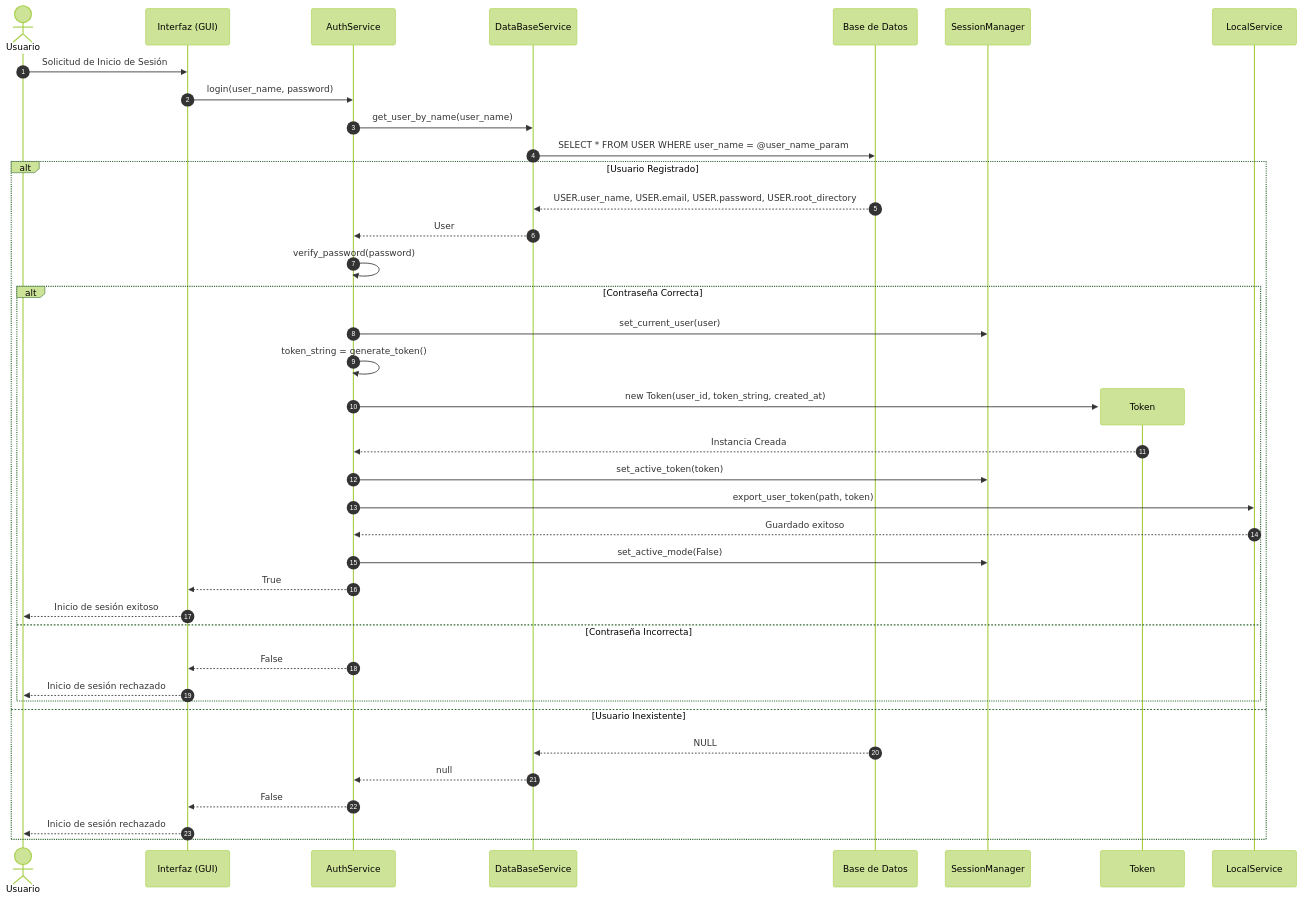
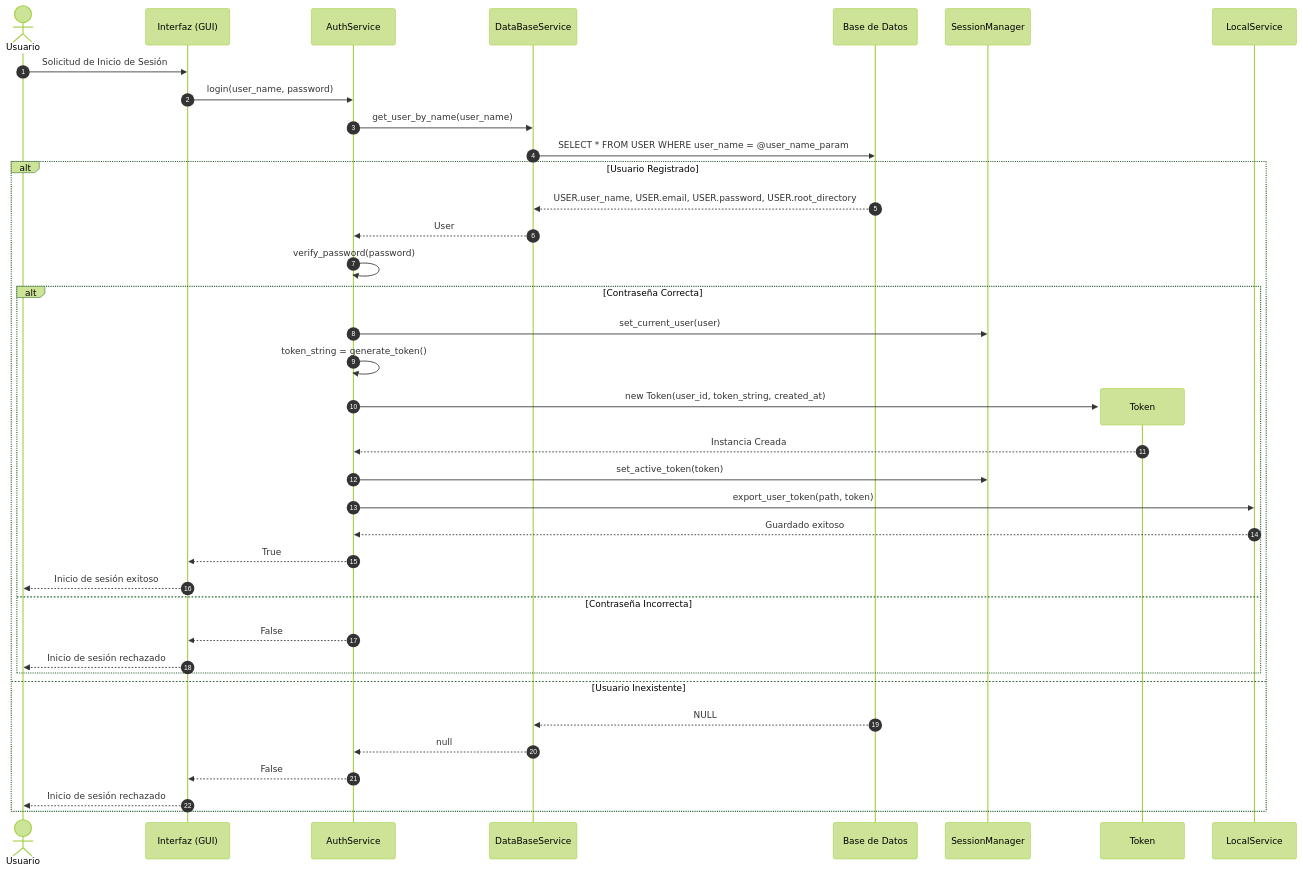
Before and after one commit to alegrelias/Repo-GMini: the third of 13 diagrams in Gmini-MarkDown/Diagramas/Diagramas de Secuencia.md, drawn with Mermaid (forest theme).

Commit message:
Se elimina set_active_mode(False) de el diagrama de inicio de sesion

````diff
--- a/Gmini-MarkDown/Diagramas/Diagramas de Secuencia.md
+++ b/Gmini-MarkDown/Diagramas/Diagramas de Secuencia.md
@@ -81,45 +81,44 @@
 ```mermaid
 sequenceDiagram
 autonumber
 
 actor U as Usuario
 participant G as Interfaz (GUI)
 participant auth as AuthService
 
 U->>G: Solicitud de Inicio de Sesión
 G->>auth: login(user_name, password)
 participant dbs as DataBaseService
 participant db as Base de Datos
 auth->>dbs: get_user_by_name(user_name)
 dbs->>db: SELECT * FROM USER WHERE user_name = @user_name_param
 alt Usuario Registrado
 	db-->>dbs: USER.user_name, USER.email, USER.password, USER.root_directory
 	dbs-->>auth: User
 	auth->>auth: verify_password(password)
 	alt Contraseña Correcta
 		participant session as SessionManager
 		auth->>session: set_current_user(user)
 		auth->>auth: token_string = generate_token()
 		create participant T as Token
 		auth->>T: new Token(user_id, token_string, created_at)
 		T-->>auth: Instancia Creada
 		auth->>session: set_active_token(token)
 		participant local as LocalService
 		auth->>local: export_user_token(path, token)
 		local-->>auth: Guardado exitoso
-		auth->>session: set_active_mode(False)
 		auth-->>G: True
 		G-->>U: Inicio de sesión exitoso
 	
 	else Contraseña Incorrecta
 			auth-->>G: False
 			G-->>U: Inicio de sesión rechazado
 	end
 	
 else Usuario Inexistente
 	db-->>dbs: NULL
 	dbs-->>auth: null
 	auth-->>G: False
 	G-->>U: Inicio de sesión rechazado
 end
 ```
````
